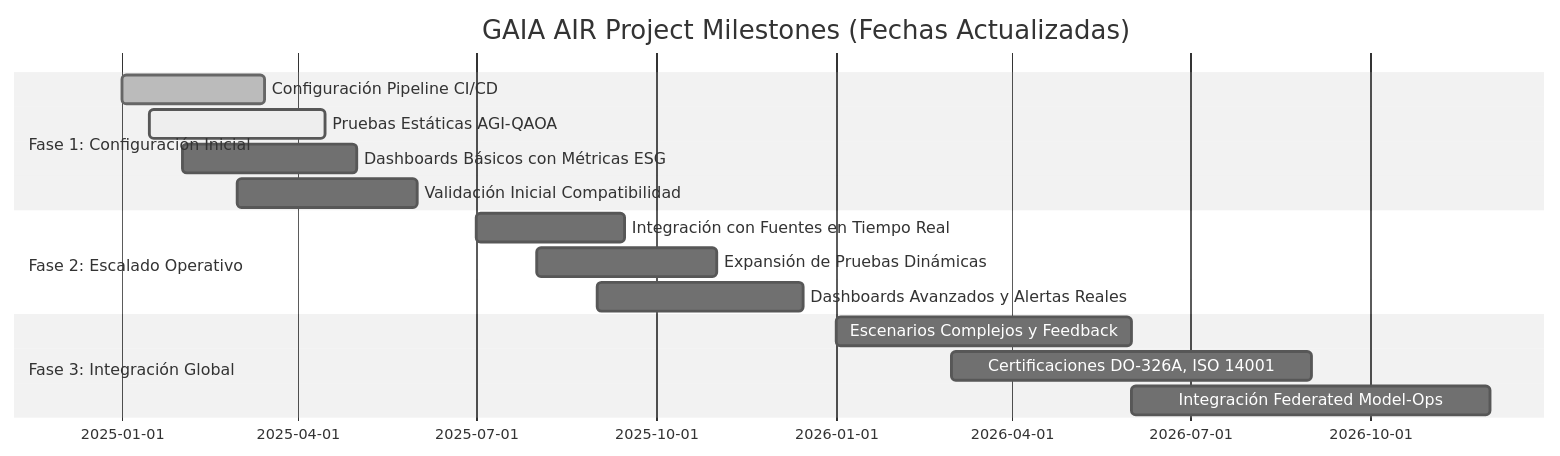
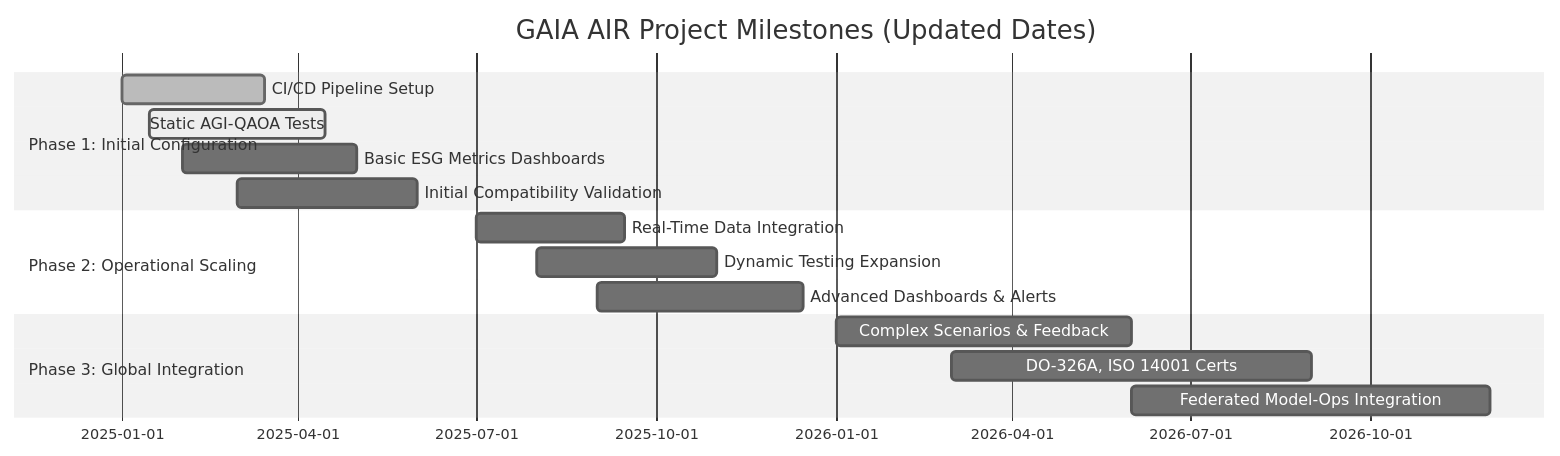
One commit to Robbbo-T/GAIA-DS-GAIA-AIR-WelcomeNote.md changed the first of 2 diagrams in README.md. Above: the diagram before and after it, drawn with Mermaid (neutral theme). The commit also changed other lines of this file, not shown here.

````diff
--- a/README.md
+++ b/README.md
@@ -71,20 +70,20 @@
 ```mermaid
 gantt
-    title GAIA AIR Project Milestones (Fechas Actualizadas)
+    title GAIA AIR Project Milestones (Updated Dates)
     dateFormat  YYYY-MM-DD
-    section Fase 1: Configuración Inicial
-    Configuración Pipeline CI/CD             :done, milestone1, 2025-01-01, 2025-03-15
-    Pruebas Estáticas AGI-QAOA               :active, milestone2, 2025-01-15, 2025-04-15
-    Dashboards Básicos con Métricas ESG      :milestone3, 2025-02-01, 2025-05-01
-    Validación Inicial Compatibilidad        :milestone4, 2025-03-01, 2025-06-01
+    section Phase 1: Initial Configuration
+    CI/CD Pipeline Setup            :done, milestone1, 2025-01-01, 2025-03-15
+    Static AGI-QAOA Tests           :active, milestone2, 2025-01-15, 2025-04-15
+    Basic ESG Metrics Dashboards    :milestone3, 2025-02-01, 2025-05-01
+    Initial Compatibility Validation:milestone4, 2025-03-01, 2025-06-01
 
-    section Fase 2: Escalado Operativo
-    Integración con Fuentes en Tiempo Real   :milestone5, 2025-07-01, 2025-09-15
-    Expansión de Pruebas Dinámicas           :milestone6, 2025-08-01, 2025-11-01
-    Dashboards Avanzados y Alertas Reales    :milestone7, 2025-09-01, 2025-12-15
+    section Phase 2: Operational Scaling
+    Real-Time Data Integration      :milestone5, 2025-07-01, 2025-09-15
+    Dynamic Testing Expansion       :milestone6, 2025-08-01, 2025-11-01
+    Advanced Dashboards & Alerts    :milestone7, 2025-09-01, 2025-12-15
 
-    section Fase 3: Integración Global
-    Escenarios Complejos y Feedback          :milestone8, 2026-01-01, 2026-06-01
-    Certificaciones DO-326A, ISO 14001       :milestone9, 2026-03-01, 2026-09-01
-    Integración Federated Model-Ops          :milestone10, 2026-06-01, 2026-12-01
+    section Phase 3: Global Integration
+    Complex Scenarios & Feedback    :milestone8, 2026-01-01, 2026-06-01
+    DO-326A, ISO 14001 Certs        :milestone9, 2026-03-01, 2026-09-01
+    Federated Model-Ops Integration :milestone10, 2026-06-01, 2026-12-01
 ```
````
